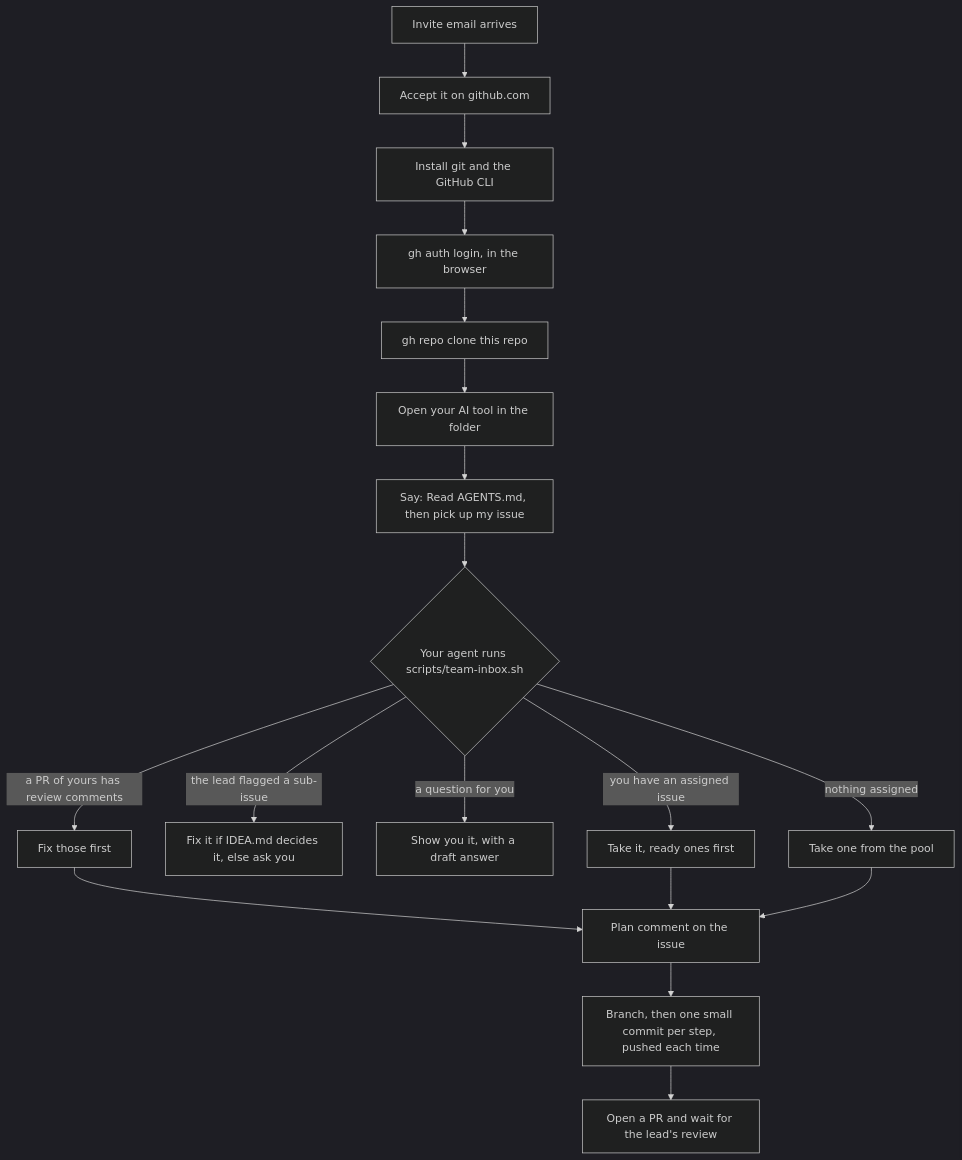
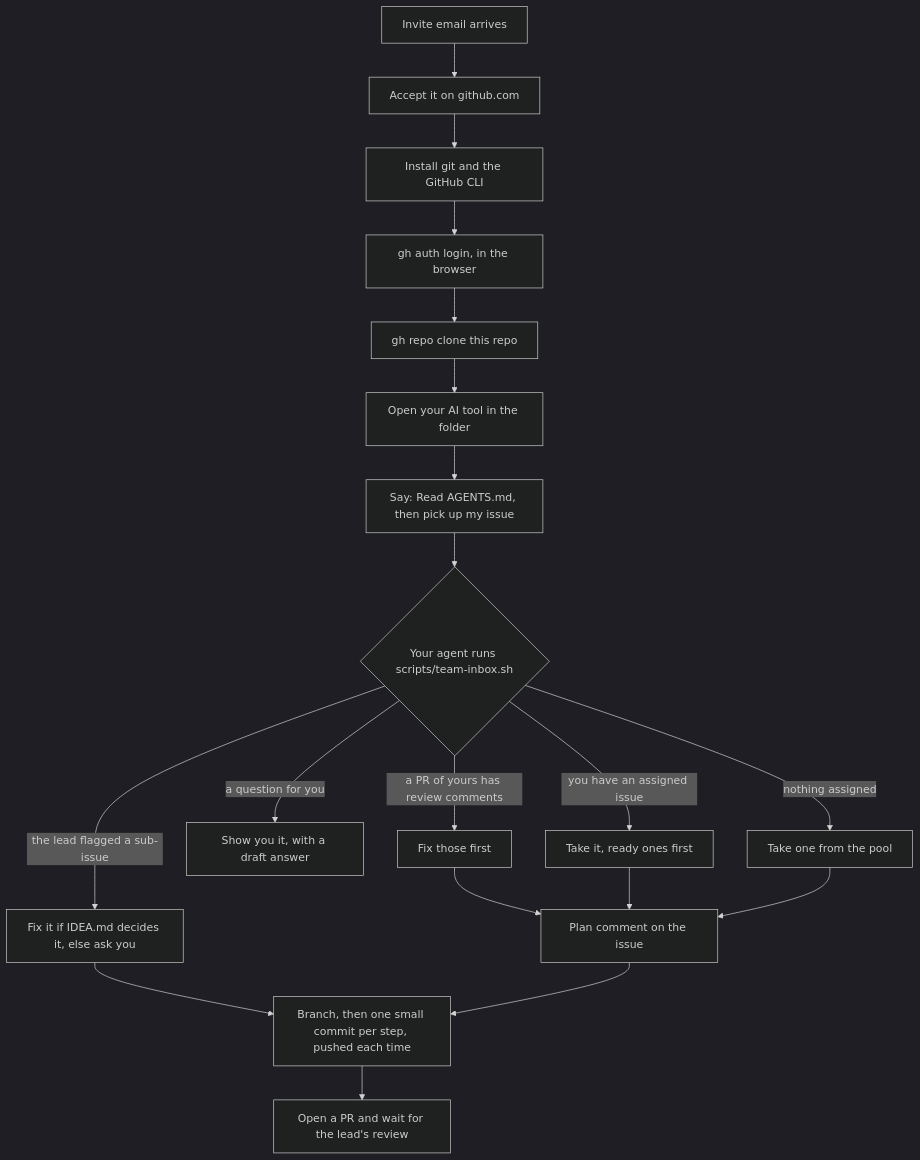
One commit to atiladeokegab/hackathon_teamwork changed the third of 5 diagrams in README.md. Above: the diagram before and after it, drawn with Mermaid (dark theme).

Commit message:
docs(readme): a flag fix goes straight to commits

````diff
--- a/README.md
+++ b/README.md
@@ -80,20 +80,21 @@
 ```mermaid
 flowchart TB
     A["Invite email arrives"] --> B["Accept it on github.com"]
     B --> C["Install git and the GitHub CLI"]
     C --> D["gh auth login, in the browser"]
     D --> E["gh repo clone this repo"]
     E --> F["Open your AI tool in the folder"]
     F --> G["Say: Read AGENTS.md, then pick up my issue"]
     G --> H{"Your agent runs scripts/team-inbox.sh"}
     H -- "a PR of yours has review comments" --> I["Fix those first"]
     H -- "the lead flagged a sub-issue" --> FL["Fix it if IDEA.md decides it, else ask you"]
     H -- "a question for you" --> Q["Show you it, with a draft answer"]
     H -- "you have an assigned issue" --> J["Take it, ready ones first"]
     H -- "nothing assigned" --> K["Take one from the pool"]
     I --> L["Plan comment on the issue"]
     J --> L
     K --> L
+    FL --> M
     L --> M["Branch, then one small commit per step, pushed each time"]
     M --> N["Open a PR and wait for the lead's review"]
 ```
````
